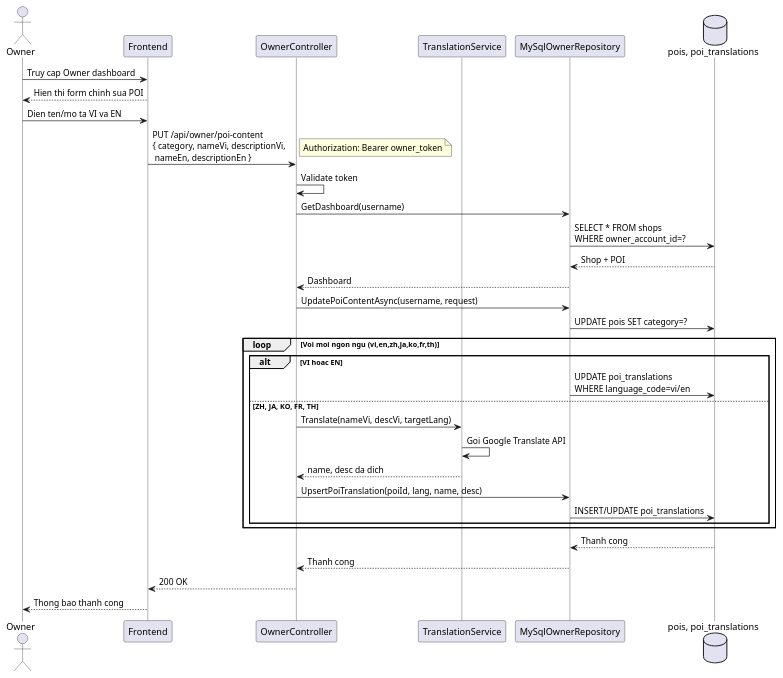
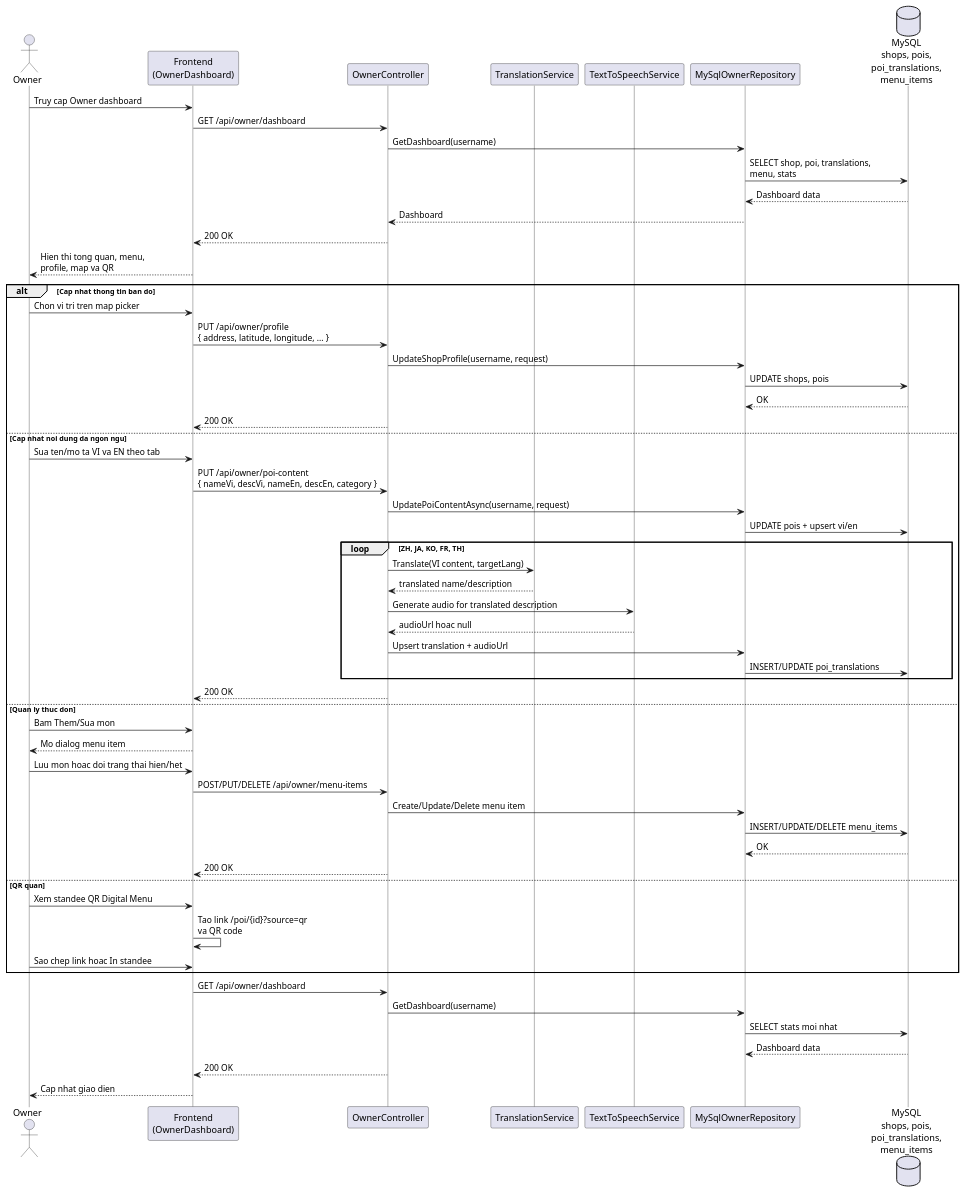
The diagram in Đặc tả wed/sequence_23_owner_update_poi_content.puml (MinhMafia/DiDuDuaDi), drawn with PlantUML before and after one commit. The commit also changed 42 other files, not shown here.

Commit message:
Update owner shop interface and API for managing owner upgrade requests

```diff
--- a/Đặc tả wed/sequence_23_owner_update_poi_content.puml
+++ b/Đặc tả wed/sequence_23_owner_update_poi_content.puml
@@ -1,50 +1,68 @@
 @startuml sequence_23_owner_update_poi_content
 skinparam backgroundColor White
 skinparam sequenceFontSize 11
 skinparam sequenceFontName "Times New Roman"
 skinparam lifelineStrategy nosolid
 
 actor Owner
-participant "Frontend" as FE
+participant "Frontend\n(OwnerDashboard)" as FE
 participant "OwnerController" as Ctrl
 participant "TranslationService" as Trans
+participant "TextToSpeechService" as TTS
 participant "MySqlOwnerRepository" as Repo
-database "pois, poi_translations" as DB
+database "MySQL\nshops, pois,\npoi_translations,\nmenu_items" as DB
 
 Owner -> FE: Truy cap Owner dashboard
-FE --> Owner: Hien thi form chinh sua POI
+FE -> Ctrl: GET /api/owner/dashboard
+Ctrl -> Repo: GetDashboard(username)
+Repo -> DB: SELECT shop, poi, translations,\nmenu, stats
+DB --> Repo: Dashboard data
+Repo --> Ctrl: Dashboard
+Ctrl --> FE: 200 OK
+FE --> Owner: Hien thi tong quan, menu,\nprofile, map va QR
 
-Owner -> FE: Dien ten/mo ta VI va EN
+alt Cap nhat thong tin ban do
+  Owner -> FE: Chon vi tri tren map picker
+  FE -> Ctrl: PUT /api/owner/profile\n{ address, latitude, longitude, ... }
+  Ctrl -> Repo: UpdateShopProfile(username, request)
+  Repo -> DB: UPDATE shops, pois
+  DB --> Repo: OK
+  Ctrl --> FE: 200 OK
+else Cap nhat noi dung da ngon ngu
+  Owner -> FE: Sua ten/mo ta VI va EN theo tab
+  FE -> Ctrl: PUT /api/owner/poi-content\n{ nameVi, descVi, nameEn, descEn, category }
+  Ctrl -> Repo: UpdatePoiContentAsync(username, request)
+  Repo -> DB: UPDATE pois + upsert vi/en
 
-FE -> Ctrl: PUT /api/owner/poi-content\n{ category, nameVi, descriptionVi,\n nameEn, descriptionEn }
-note right
-  Authorization: Bearer owner_token
-end note
-
-Ctrl -> Ctrl: Validate token
-Ctrl -> Repo: GetDashboard(username)
-Repo -> DB: SELECT * FROM shops\nWHERE owner_account_id=?
-DB --> Repo: Shop + POI
-Repo --> Ctrl: Dashboard
-
-Ctrl -> Repo: UpdatePoiContentAsync(username, request)
-Repo -> DB: UPDATE pois SET category=?
-
-loop Voi moi ngon ngu (vi,en,zh,ja,ko,fr,th)
-  alt VI hoac EN
-    Repo -> DB: UPDATE poi_translations\nWHERE language_code=vi/en
-  else ZH, JA, KO, FR, TH
-    Ctrl -> Trans: Translate(nameVi, descVi, targetLang)
-    Trans -> Trans: Goi Google Translate API
-    Trans --> Ctrl: name, desc da dich
-    Ctrl -> Repo: UpsertPoiTranslation(poiId, lang, name, desc)
+  loop ZH, JA, KO, FR, TH
+    Ctrl -> Trans: Translate(VI content, targetLang)
+    Trans --> Ctrl: translated name/description
+    Ctrl -> TTS: Generate audio for translated description
+    TTS --> Ctrl: audioUrl hoac null
+    Ctrl -> Repo: Upsert translation + audioUrl
     Repo -> DB: INSERT/UPDATE poi_translations
   end
+  Ctrl --> FE: 200 OK
+else Quan ly thuc don
+  Owner -> FE: Bam Them/Sua mon
+  FE --> Owner: Mo dialog menu item
+  Owner -> FE: Luu mon hoac doi trang thai hien/het
+  FE -> Ctrl: POST/PUT/DELETE /api/owner/menu-items
+  Ctrl -> Repo: Create/Update/Delete menu item
+  Repo -> DB: INSERT/UPDATE/DELETE menu_items
+  DB --> Repo: OK
+  Ctrl --> FE: 200 OK
+else QR quan
+  Owner -> FE: Xem standee QR Digital Menu
+  FE -> FE: Tao link /poi/{id}?source=qr\nva QR code
+  Owner -> FE: Sao chep link hoac In standee
 end
 
-DB --> Repo: Thanh cong
-Repo --> Ctrl: Thanh cong
+FE -> Ctrl: GET /api/owner/dashboard
+Ctrl -> Repo: GetDashboard(username)
+Repo -> DB: SELECT stats moi nhat
+DB --> Repo: Dashboard data
 Ctrl --> FE: 200 OK
-FE --> Owner: Thong bao thanh cong
+FE --> Owner: Cap nhat giao dien
 
 @enduml
```
